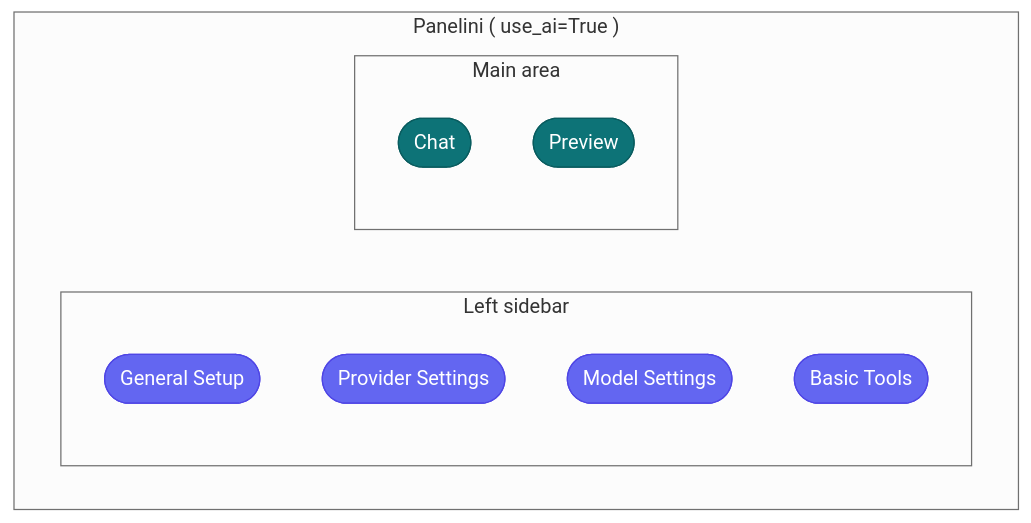
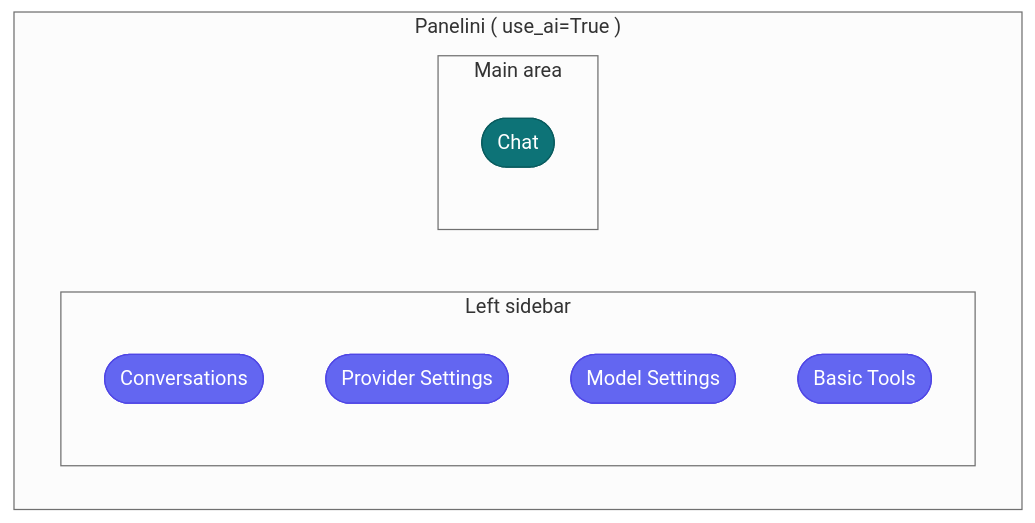
Before and after one commit to opensemanticworld/panelini: the diagram in docs/examples/chat/ai_chat_min.md, drawn with Mermaid (neutral theme). The commit also changed other lines of this file and 26 other files, not shown here.

Commit message:
refactor(ai): make chat history the standard, drop the welcome message and the default preview

````diff
--- a/docs/examples/chat/ai_chat_min.md
+++ b/docs/examples/chat/ai_chat_min.md
@@ -35,21 +42,20 @@
 ```{mermaid}
 graph LR
     subgraph dashboard [" Panelini ( use_ai=True ) "]
         direction LR
         subgraph sidebar [" Left sidebar "]
-            gen(["General Setup"])
+            conv(["Conversations"])
             prov(["Provider Settings"])
             model(["Model Settings"])
             tools(["Basic Tools"])
         end
         subgraph main [" Main area "]
             chat(["Chat"])
-            preview(["Preview"])
         end
     end
 
     classDef side fill:#6366f1,stroke:#4f46e5,color:#ffffff
     classDef main fill:#0d7377,stroke:#095c5f,color:#ffffff
-    class gen,prov,model,tools side
-    class chat,preview main
+    class conv,prov,model,tools side
+    class chat main
 ```
````
